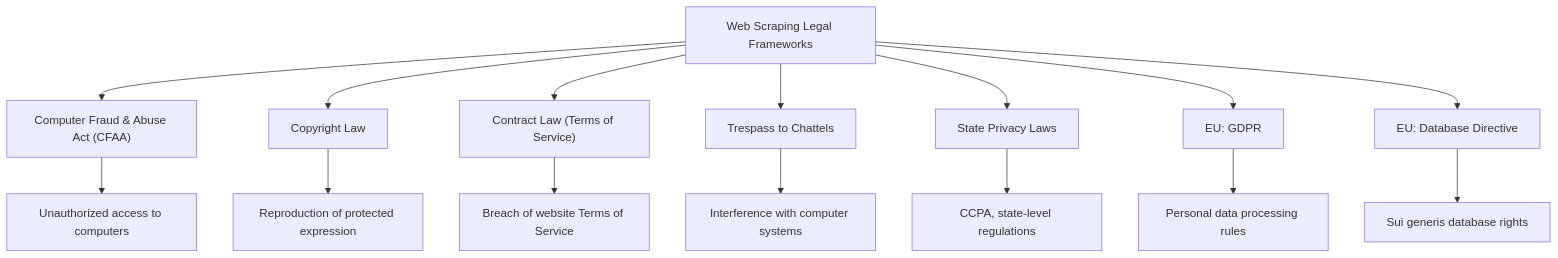
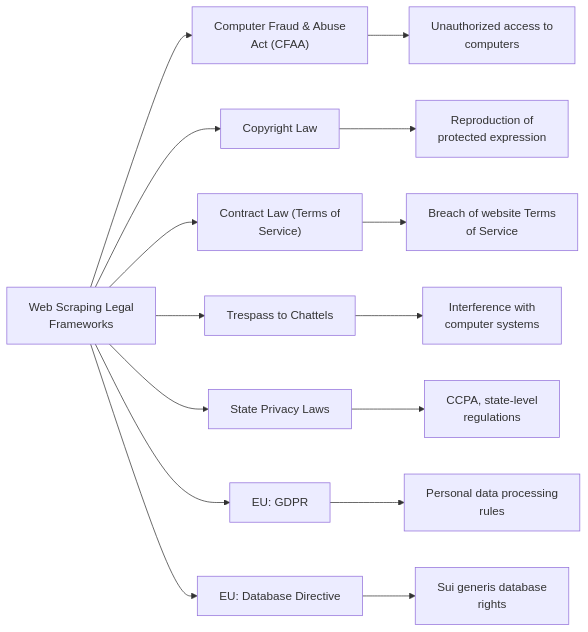
Before and after one commit to bytetunnels/bytetunnels.github.com: the first of 4 diagrams in _posts/2026-03-01-is-robots-txt-legally-binding-scraping-law-explained.md, drawn with Mermaid. The commit also changed other lines of this file and 118 other files, not shown here.

Commit message:
feat: improve diagram styling and compact wide flowcharts

````diff
--- a/_posts/2026-03-01-is-robots-txt-legally-binding-scraping-law-explained.md
+++ b/_posts/2026-03-01-is-robots-txt-legally-binding-scraping-law-explained.md
@@ -45,18 +45,18 @@
 ```mermaid
-graph TD
-    A["Web Scraping Legal Frameworks"] --> B["Computer Fraud & Abuse Act (CFAA)"]
+graph LR
+    A["Web Scraping Legal<br/>Frameworks"] --> B["Computer Fraud & Abuse<br/>Act (CFAA)"]
     A --> C["Copyright Law"]
-    A --> D["Contract Law (Terms of Service)"]
+    A --> D["Contract Law (Terms of<br/>Service)"]
     A --> E["Trespass to Chattels"]
     A --> F["State Privacy Laws"]
     A --> G["EU: GDPR"]
     A --> H["EU: Database Directive"]
 
-    B --> B1["Unauthorized access to computers"]
-    C --> C1["Reproduction of protected expression"]
-    D --> D1["Breach of website Terms of Service"]
-    E --> E1["Interference with computer systems"]
-    F --> F1["CCPA, state-level regulations"]
-    G --> G1["Personal data processing rules"]
-    H --> H1["Sui generis database rights"]
+    B --> B1["Unauthorized access to<br/>computers"]
+    C --> C1["Reproduction of<br/>protected expression"]
+    D --> D1["Breach of website Terms<br/>of Service"]
+    E --> E1["Interference with<br/>computer systems"]
+    F --> F1["CCPA, state-level<br/>regulations"]
+    G --> G1["Personal data processing<br/>rules"]
+    H --> H1["Sui generis database<br/>rights"]
 ```
````
